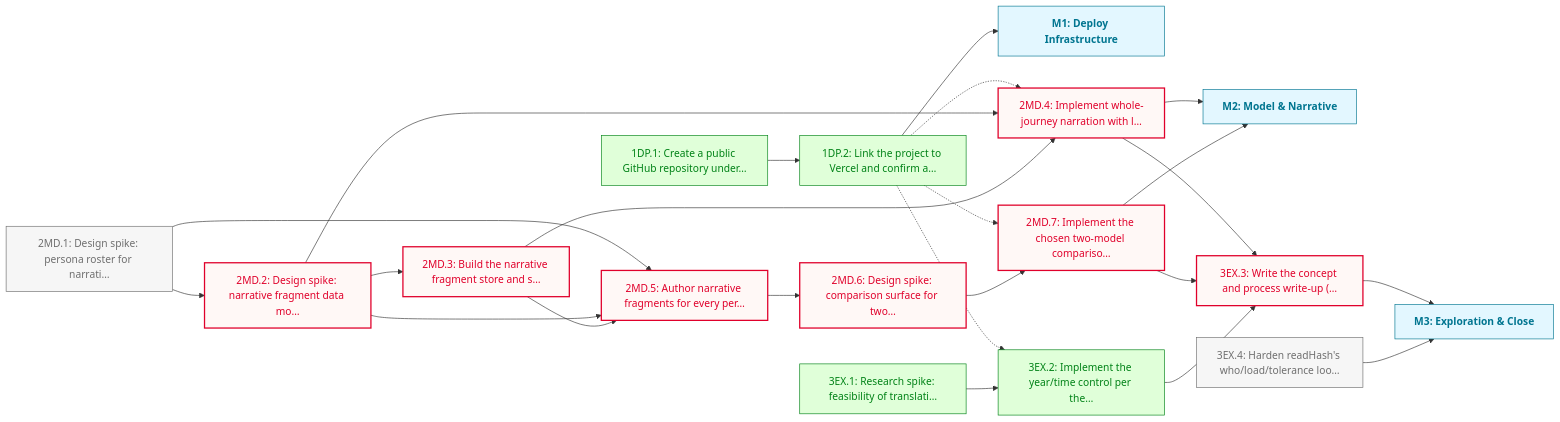
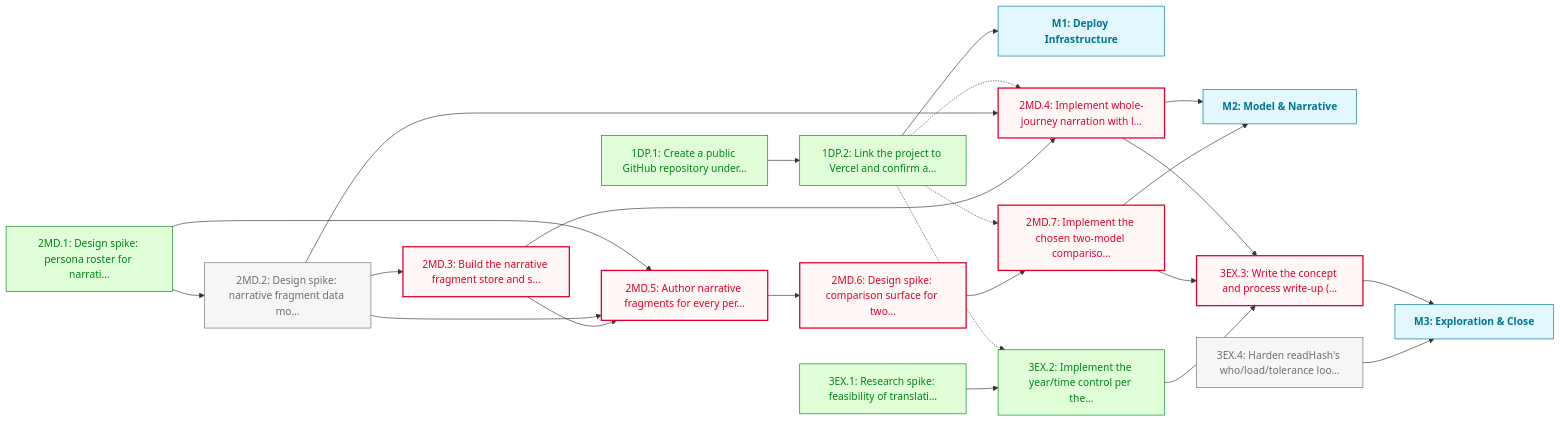
Before and after one commit to JasonWarrenUK/reach: the diagram in docs/roadmaps/PHASE_1.md, drawn with Mermaid. The commit also changed other lines of this file and 3 other files, not shown here.

First line of the commit message:
chore(roadmap): mark 2MD.1 done after persona roster approval

````diff
--- a/docs/roadmaps/PHASE_1.md
+++ b/docs/roadmaps/PHASE_1.md
@@ -53,52 +53,52 @@
 ```mermaid
 graph LR
 	classDef todo fill:#f6f6f6,stroke:#6f6f6f,color:#6f6f6f
 	classDef blocked fill:#fff8f6,stroke:#e0002b,color:#e0002b,stroke-width:2px
 	classDef paused fill:#fdf4ff,stroke:#b01fe3,color:#b01fe3,stroke-dasharray:4 3
 	classDef deferred fill:#fff8f3,stroke:#ac5c00,color:#ac5c00,stroke-dasharray:2 4,font-style:italic
 	classDef done fill:#e0ffd9,stroke:#008217,color:#008217
 	classDef outOfScope fill:#f6f6f6,stroke:#e2e2e2,color:#e2e2e2,stroke-dasharray:2 2
 	classDef mile fill:#e3f7ff,stroke:#007590,color:#007590,font-weight:bold
 	classDef external fill:#fff9e5,stroke:#7d6f00,color:#7d6f00,stroke-dasharray:4 3,font-style:italic
 	1DP.1["1DP.1: Create a public GitHub repository under…"]
 	1DP.2["1DP.2: Link the project to Vercel and confirm a…"]
 	M1["M1: Deploy Infrastructure"]:::mile
 	2MD.1["2MD.1: Design spike: persona roster for narrati…"]
 	2MD.2["2MD.2: Design spike: narrative fragment data mo…"]
 	2MD.3["2MD.3: Build the narrative fragment store and s…"]
 	2MD.4["2MD.4: Implement whole-journey narration with l…"]
 	2MD.5["2MD.5: Author narrative fragments for every per…"]
 	2MD.6["2MD.6: Design spike: comparison surface for two…"]
 	2MD.7["2MD.7: Implement the chosen two-model compariso…"]
 	M2["M2: Model & Narrative"]:::mile
 	3EX.1["3EX.1: Research spike: feasibility of translati…"]
 	3EX.2["3EX.2: Implement the year/time control per the…"]
 	3EX.3["3EX.3: Write the concept and process write-up (…"]
 	3EX.4["3EX.4: Harden readHash's who/load/tolerance loo…"]
 	M3["M3: Exploration & Close"]:::mile
 	1DP.1 --> 1DP.2
 	1DP.2 --> M1
 	1DP.2 -.-> 2MD.4
 	1DP.2 -.-> 2MD.7
 	1DP.2 -.-> 3EX.2
 	2MD.1 --> 2MD.2
 	2MD.1 --> 2MD.5
 	2MD.2 --> 2MD.3
 	2MD.2 --> 2MD.4
 	2MD.2 --> 2MD.5
 	2MD.3 --> 2MD.4
 	2MD.3 --> 2MD.5
 	2MD.4 --> M2
 	2MD.4 --> 3EX.3
 	2MD.5 --> 2MD.6
 	2MD.6 --> 2MD.7
 	2MD.7 --> M2
 	2MD.7 --> 3EX.3
 	3EX.1 --> 3EX.2
 	3EX.2 --> 3EX.3
 	3EX.3 --> M3
 	3EX.4 --> M3
-	class 2MD.1,3EX.4 todo
-	class 2MD.2,2MD.3,2MD.4,2MD.5,2MD.6,2MD.7,3EX.3 blocked
-	class 1DP.1,1DP.2,3EX.1,3EX.2 done
+	class 2MD.2,3EX.4 todo
+	class 2MD.3,2MD.4,2MD.5,2MD.6,2MD.7,3EX.3 blocked
+	class 1DP.1,1DP.2,2MD.1,3EX.1,3EX.2 done
 ```
````
